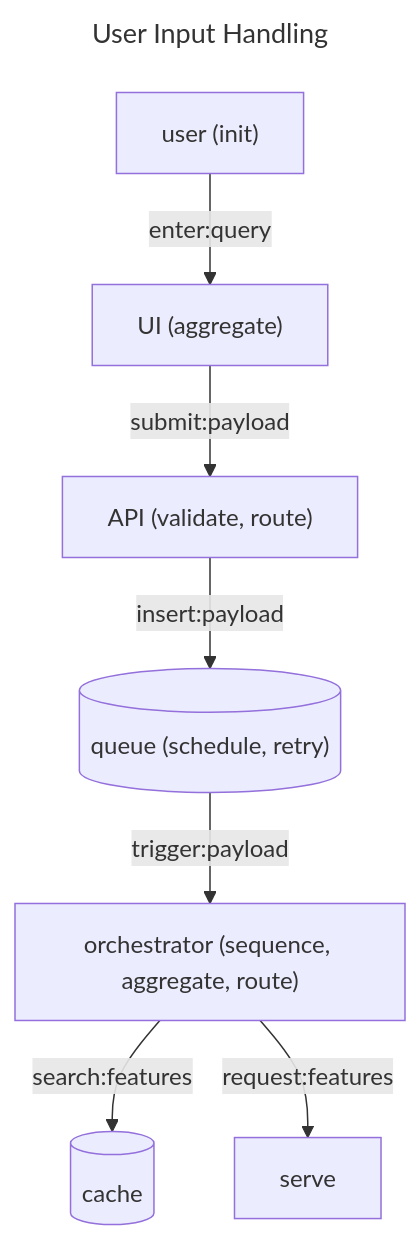
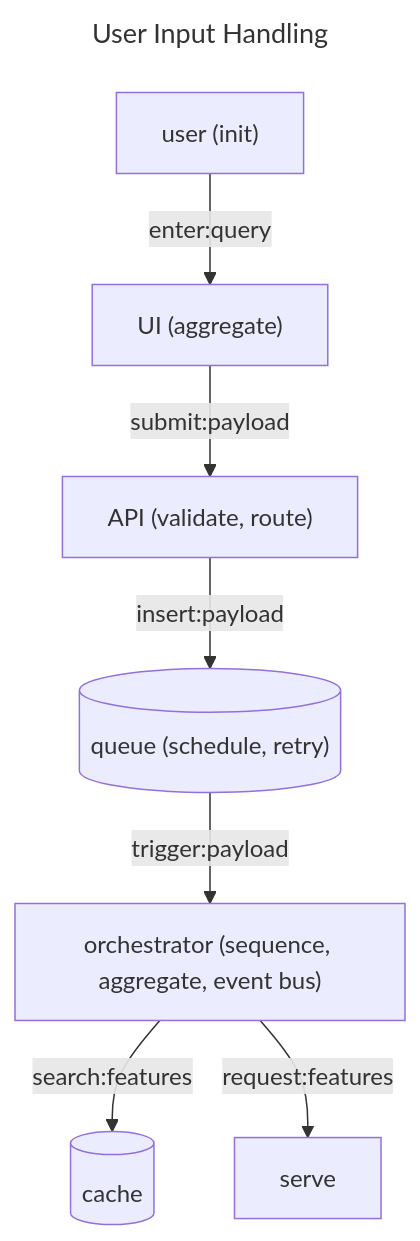
The second of 7 diagrams in ml_sys_design.md (ptbdnr/ptbdnr), drawn with Mermaid before and after one commit. The commit also changed other lines of this file, not shown here.

````diff
--- a/ml_sys_design.md
+++ b/ml_sys_design.md
@@ -197,9 +197,9 @@
 ```mermaid
 ---
 title: User Input Handling
 ---
 flowchart
-    user["user (init)"] --enter:query--> ui["UI (aggregate)"] --submit:payload--> api["API (validate, route)"] --insert:payload--> q[("queue (schedule, retry)")] --trigger:payload--> orch["orchestrator (sequence, aggregate, route)"] 
+    user["user (init)"] --enter:query--> ui["UI (aggregate)"] --submit:payload--> api["API (validate, route)"] --insert:payload--> q[("queue (schedule, retry)")] --trigger:payload--> orch["orchestrator (sequence, aggregate, event bus)"] 
     orch --search:features--> cache[(cache)]
     orch --request:features--> serve
 ```
````
